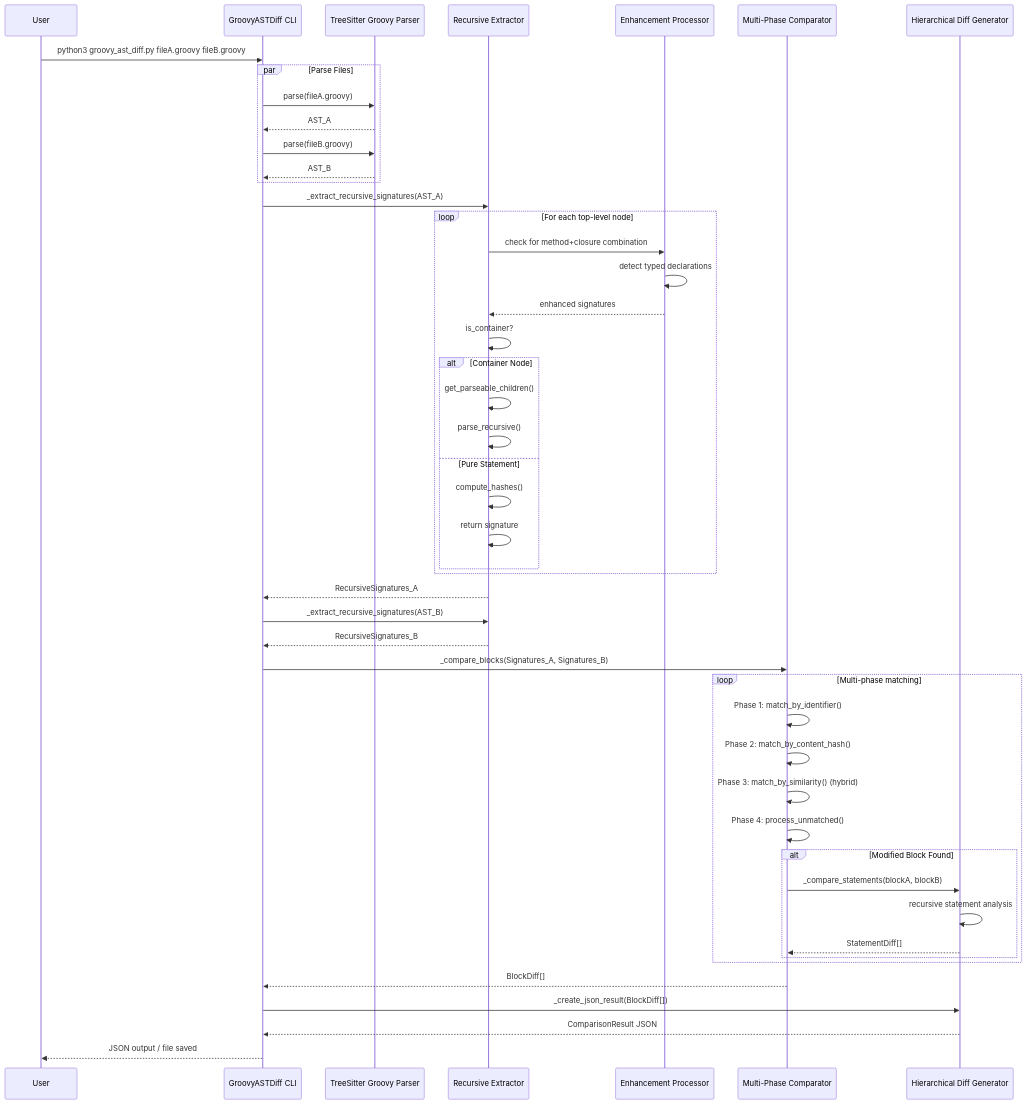
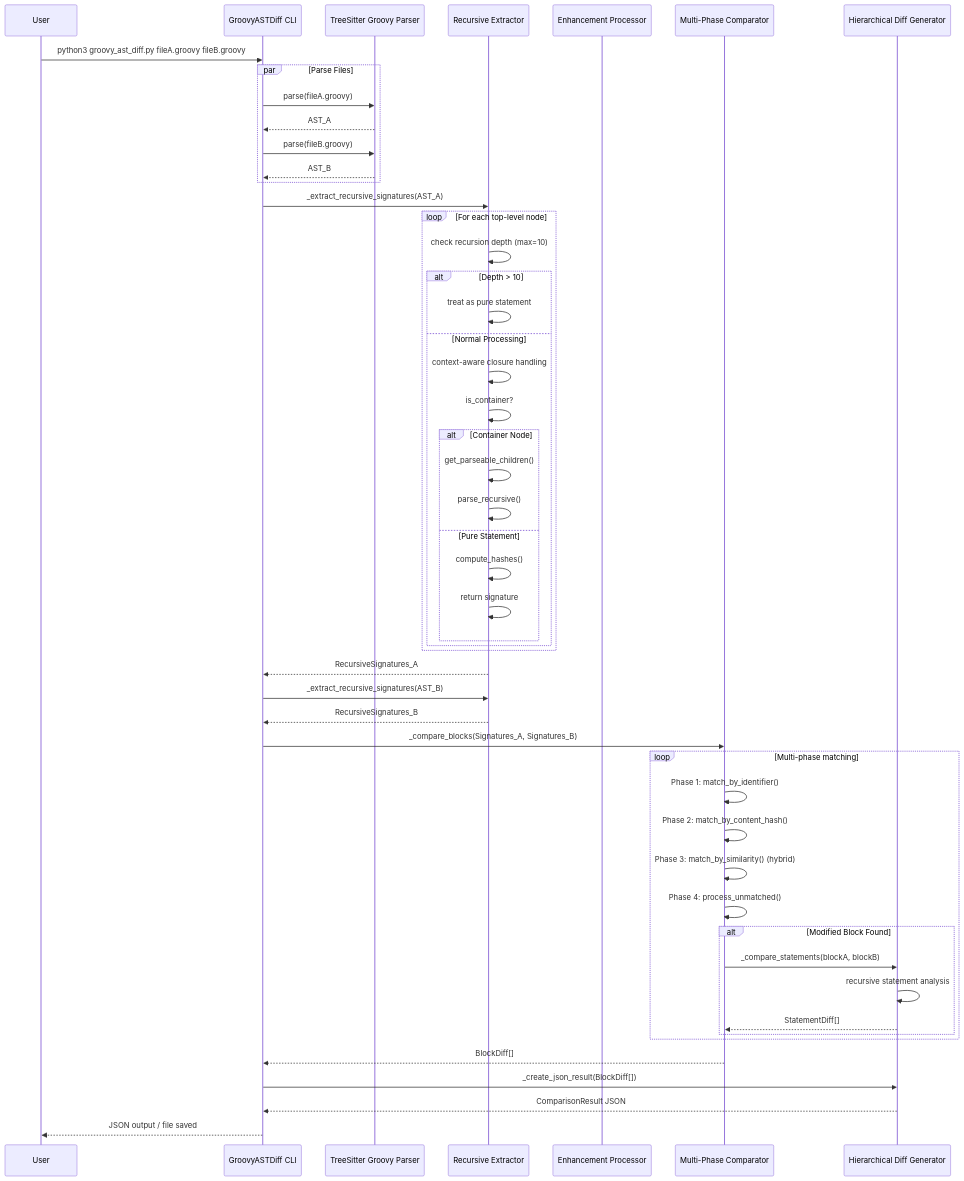
One commit to shubhamyadav-coditas/Groovy-AST-Diff changed the tenth of 13 diagrams in docs/recursive_parsing_mermaid.md. Above: the diagram before and after it, drawn with Mermaid. The commit also changed other lines of this file and 6 other files, not shown here.

````diff
--- a/docs/recursive_parsing_mermaid.md
+++ b/docs/recursive_parsing_mermaid.md
@@ -455,63 +460,66 @@
 ```mermaid
 sequenceDiagram
     participant User
     participant CLI as GroovyASTDiff CLI
     participant Parser as TreeSitter Groovy Parser
     participant Extractor as Recursive Extractor
     participant Combiner as Enhancement Processor
     participant Comparator as Multi-Phase Comparator
     participant Differ as Hierarchical Diff Generator
     
     User->>CLI: python3 groovy_ast_diff.py fileA.groovy fileB.groovy
     
     par Parse Files
         CLI->>Parser: parse(fileA.groovy)
         Parser-->>CLI: AST_A
         CLI->>Parser: parse(fileB.groovy)
         Parser-->>CLI: AST_B
     end
     
     CLI->>Extractor: _extract_recursive_signatures(AST_A)
     
     loop For each top-level node
-        Extractor->>Combiner: check for method+closure combination
-        Combiner->>Combiner: detect typed declarations
-        Combiner-->>Extractor: enhanced signatures
+        Extractor->>Extractor: check recursion depth (max=10)
         
-        Extractor->>Extractor: is_container?
-        alt Container Node
-            Extractor->>Extractor: get_parseable_children()
-            Extractor->>Extractor: parse_recursive()
-        else Pure Statement
-            Extractor->>Extractor: compute_hashes()
-            Extractor->>Extractor: return signature
+        alt Depth > 10
+            Extractor->>Extractor: treat as pure statement
+        else Normal Processing
+            Extractor->>Extractor: context-aware closure handling
+            Extractor->>Extractor: is_container?
+            alt Container Node
+                Extractor->>Extractor: get_parseable_children()
+                Extractor->>Extractor: parse_recursive()
+            else Pure Statement
+                Extractor->>Extractor: compute_hashes()
+                Extractor->>Extractor: return signature
+            end
         end
     end
     
     Extractor-->>CLI: RecursiveSignatures_A
     
     CLI->>Extractor: _extract_recursive_signatures(AST_B)
     Extractor-->>CLI: RecursiveSignatures_B
     
     CLI->>Comparator: _compare_blocks(Signatures_A, Signatures_B)
     
     loop Multi-phase matching
         Comparator->>Comparator: Phase 1: match_by_identifier()
         Comparator->>Comparator: Phase 2: match_by_content_hash()
         Comparator->>Comparator: Phase 3: match_by_similarity() (hybrid)
         Comparator->>Comparator: Phase 4: process_unmatched()
         
         alt Modified Block Found
             Comparator->>Differ: _compare_statements(blockA, blockB)
             Differ->>Differ: recursive statement analysis
             Differ-->>Comparator: StatementDiff[]
         end
     end
     
     Comparator-->>CLI: BlockDiff[]
     
     CLI->>Differ: _create_json_result(BlockDiff[])
     Differ-->>CLI: ComparisonResult JSON
     
     CLI-->>User: JSON output / file saved
 ```
````
